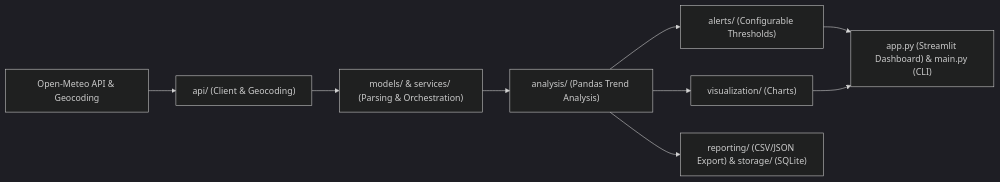
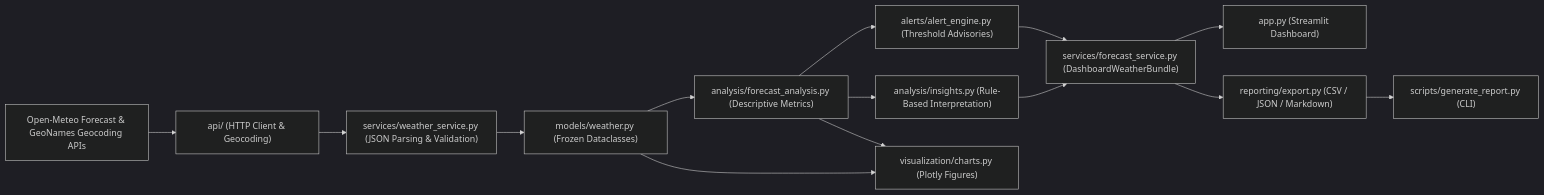
The diagram in docs/SYSTEM_ARCHITECTURE.md (AkashDas-AI/Weather-Forecast-and-Alert-Application-v2), drawn with Mermaid (dark theme) before and after one commit. The commit also changed other lines of this file and 7 other files, not shown here.

Commit message:
docs: refresh technical architecture and data flow docs, remove outdated screenshot guide, and gitignore interview prep notes

````diff
--- a/docs/SYSTEM_ARCHITECTURE.md
+++ b/docs/SYSTEM_ARCHITECTURE.md
@@ -10,11 +10,16 @@
 ```mermaid
 flowchart LR
-    A["Open-Meteo API & Geocoding"] --> B["api/ (Client & Geocoding)"]
-    B --> C["models/ & services/ (Parsing & Orchestration)"]
-    C --> D["analysis/ (Pandas Trend Analysis)"]
-    D --> E["alerts/ (Configurable Thresholds)"]
-    D --> F["visualization/ (Charts)"]
-    D --> G["reporting/ (CSV/JSON Export) & storage/ (SQLite)"]
-    E --> H["app.py (Streamlit Dashboard) & main.py (CLI)"]
-    F --> H
+    A["Open-Meteo Forecast & GeoNames Geocoding APIs"] --> B["api/ (HTTP Client & Geocoding)"]
+    B --> C["services/weather_service.py (JSON Parsing & Validation)"]
+    C --> D["models/weather.py (Frozen Dataclasses)"]
+    D --> E["analysis/forecast_analysis.py (Descriptive Metrics)"]
+    E --> F["alerts/alert_engine.py (Threshold Advisories)"]
+    E --> G["analysis/insights.py (Rule-Based Interpretation)"]
+    D --> H["visualization/charts.py (Plotly Figures)"]
+    E --> H
+    F --> I["services/forecast_service.py (DashboardWeatherBundle)"]
+    G --> I
+    I --> J["app.py (Streamlit Dashboard)"]
+    I --> K["reporting/export.py (CSV / JSON / Markdown)"]
+    K --> L["scripts/generate_report.py (CLI)"]
 ```
````
